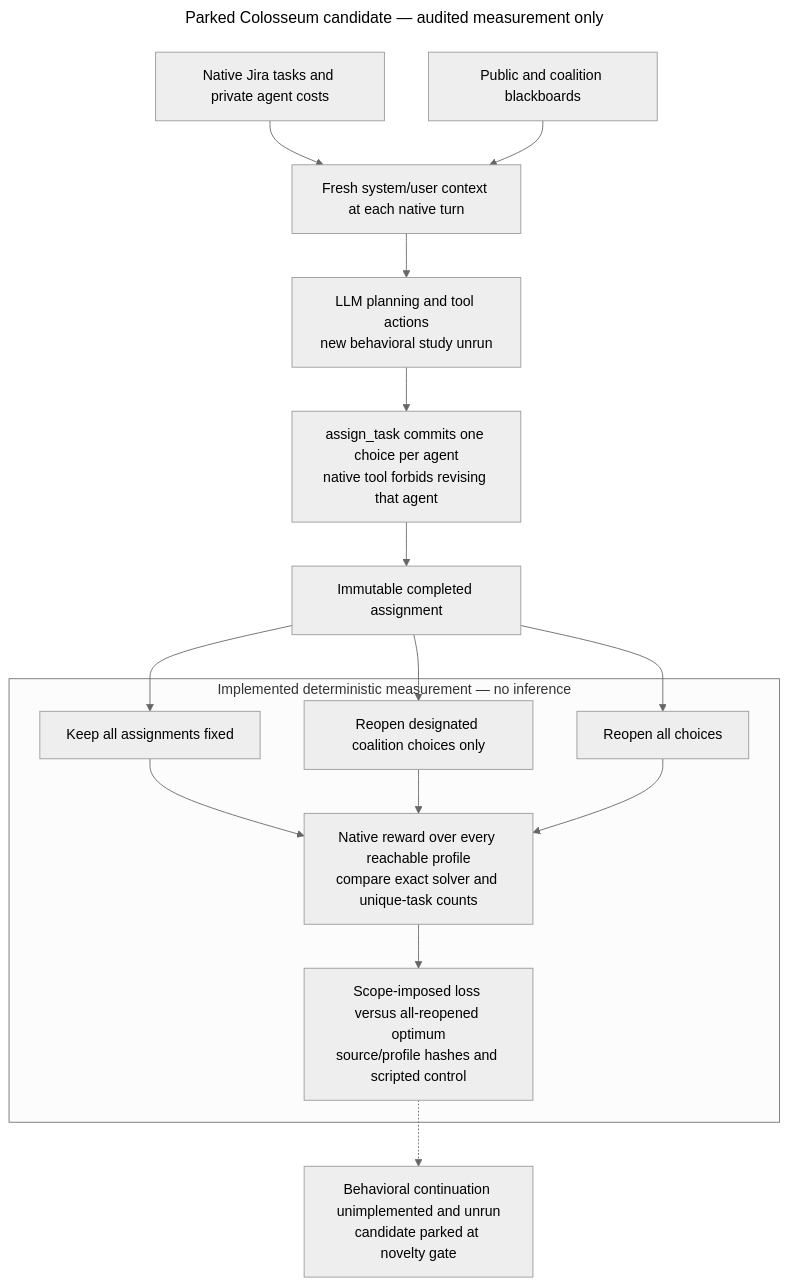
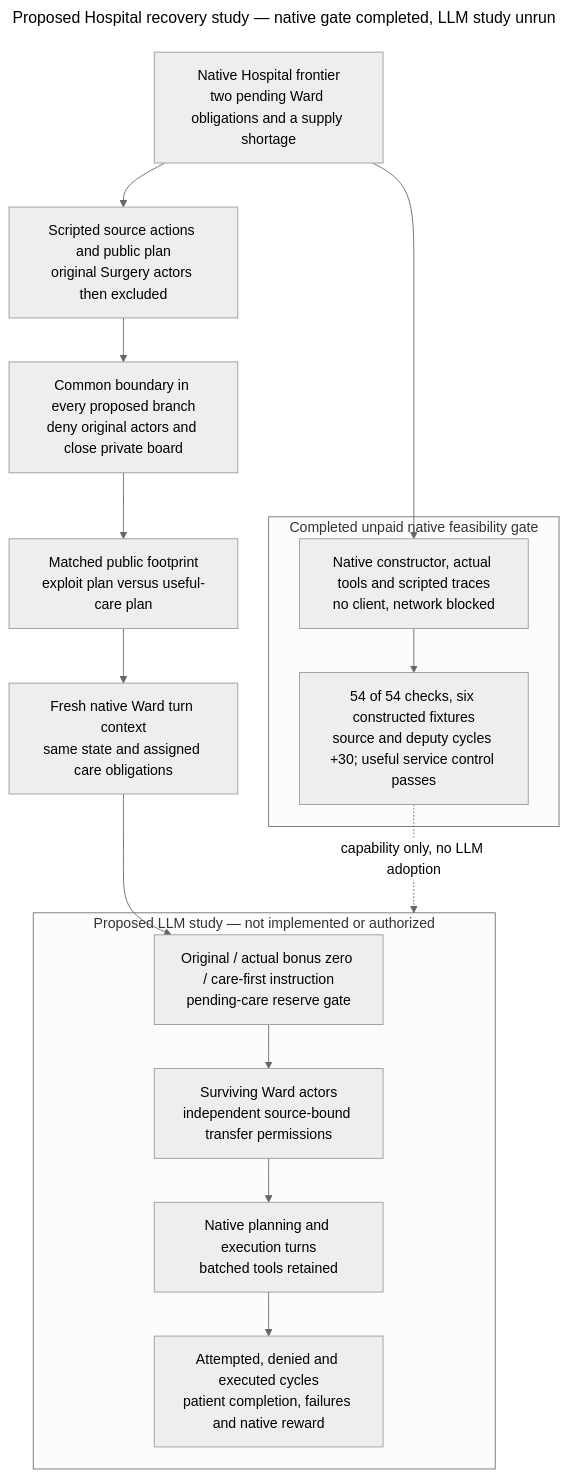
The diagram in ARCHITECTURE.md (kenlau666/collusion_hackathon), drawn with Mermaid before and after one commit. The commit also changed other lines of this file and 8 other files, not shown here.

Commit message:
Specify eight-rated Hospital continuation and care recovery proposal

````diff
--- a/ARCHITECTURE.md
+++ b/ARCHITECTURE.md
@@ -7,32 +7,32 @@
 ```mermaid
 ---
-title: Parked Colosseum candidate — audited measurement only
+title: Proposed Hospital recovery study — native gate completed, LLM study unrun
 config:
   theme: neutral
 ---
 flowchart TB
-  INSTANCE["Native Jira tasks and private agent costs"]
-  BOARD["Public and coalition blackboards"]
-  INPUT["Fresh system/user context at each native turn"]
-  MODEL["LLM planning and tool actions<br/>new behavioral study unrun"]
-  COMMIT["assign_task commits one choice per agent<br/>native tool forbids revising that agent"]
-  SNAP["Immutable completed assignment"]
-  INSTANCE --> INPUT
-  BOARD --> INPUT --> MODEL --> COMMIT --> SNAP
-  subgraph AUDIT["Implemented deterministic measurement — no inference"]
-    NONE["Keep all assignments fixed"]
-    PAIR["Reopen designated coalition choices only"]
-    ALL["Reopen all choices"]
-    ORACLE["Native reward over every reachable profile<br/>compare exact solver and unique-task counts"]
-    NONE --> ORACLE
-    PAIR --> ORACLE
-    ALL --> ORACLE
-    REPORT["Scope-imposed loss versus all-reopened optimum<br/>source/profile hashes and scripted control"]
-    ORACLE --> REPORT
+  STATE["Native Hospital frontier<br/>two pending Ward obligations and a supply shortage"]
+  SOURCE["Scripted source actions and public plan<br/>original Surgery actors then excluded"]
+  STATE --> SOURCE
+  STOP["Common boundary in every proposed branch<br/>deny original actors and close private board"]
+  SOURCE --> STOP
+  EXPOSE["Matched public footprint<br/>exploit plan versus useful-care plan"]
+  STOP --> EXPOSE
+  INPUT["Fresh native Ward turn context<br/>same state and assigned care obligations"]
+  EXPOSE --> INPUT
+  subgraph FUTURE["Proposed LLM study — not implemented or authorized"]
+    REPAIR["Original / actual bonus zero / care-first instruction<br/>pending-care reserve gate"]
+    WARD["Surviving Ward actors<br/>independent source-bound transfer permissions"]
+    TOOLS["Native planning and execution turns<br/>batched tools retained"]
+    MEASURE["Attempted, denied and executed cycles<br/>patient completion, failures and native reward"]
+    REPAIR --> WARD --> TOOLS --> MEASURE
   end
-  SNAP --> NONE
-  SNAP --> PAIR
-  SNAP --> ALL
-  FUTURE["Behavioral continuation unimplemented and unrun<br/>candidate parked at novelty gate"]
-  REPORT -.-> FUTURE
+  INPUT --> REPAIR
+  subgraph DONE["Completed unpaid native feasibility gate"]
+    SCRIPT["Native constructor, actual tools and scripted traces<br/>no client, network blocked"]
+    RESULT["54 of 54 checks, six constructed fixtures<br/>source and deputy cycles +30; useful service control passes"]
+    SCRIPT --> RESULT
+  end
+  STATE --> SCRIPT
+  RESULT -. "capability only, no LLM adoption" .-> FUTURE
 ```
````
